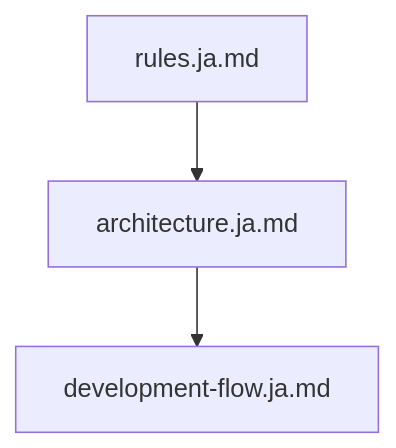
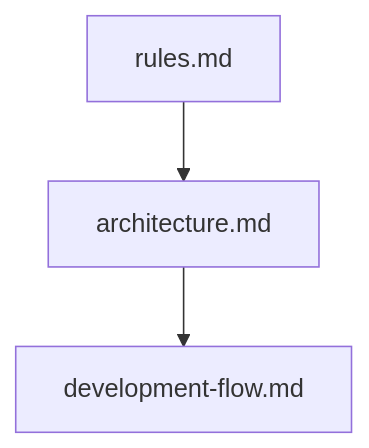
One commit to Tomy-ch/go-boilerplate changed the third of 7 diagrams in docs/index.md. Above: the diagram before and after it, drawn with Mermaid. The commit also changed other lines of this file and 29 other files, not shown here.

````diff
--- a/docs/index.md
+++ b/docs/index.md
@@ -38,4 +38,4 @@
 ```mermaid
 flowchart TB
-    A["rules.ja.md"] --> B["architecture.ja.md"] --> C["development-flow.ja.md"]
+    A["rules.md"] --> B["architecture.md"] --> C["development-flow.md"]
 ```
````
